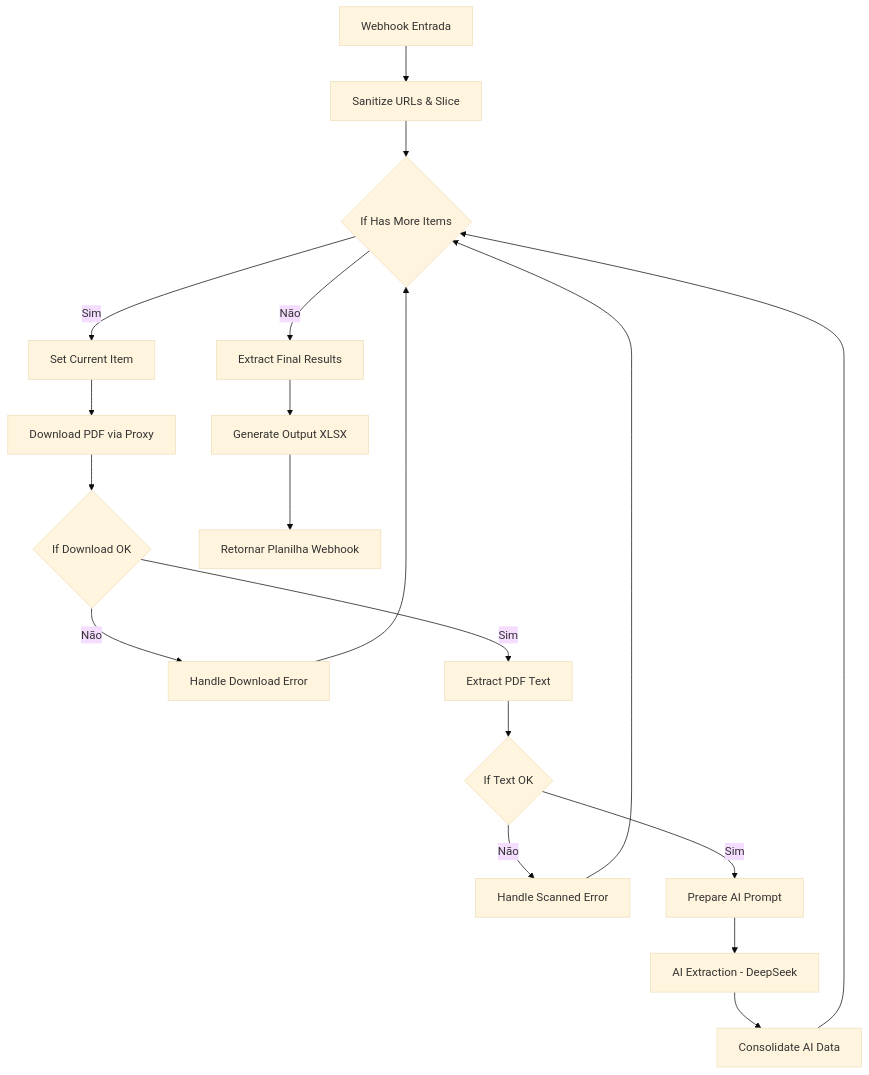
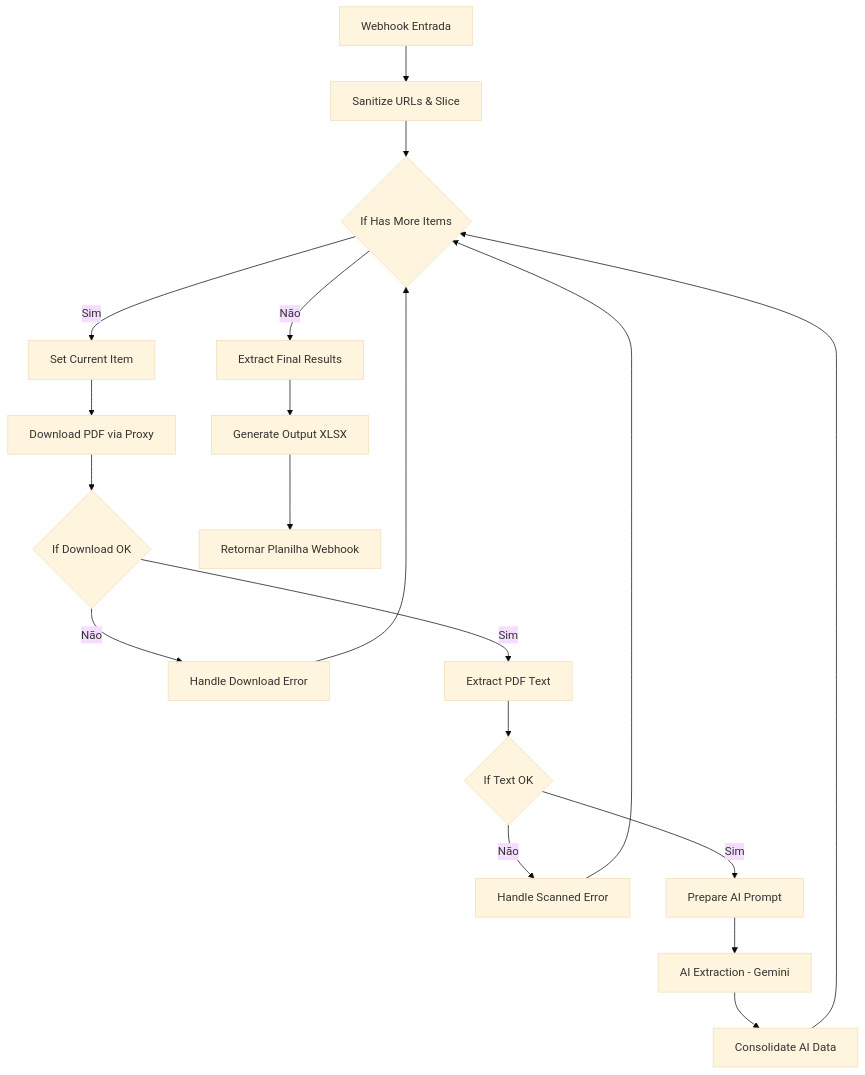
One commit to jessejj2000/desafio-automacao-terra-vista changed the diagram in README.md. Above: the diagram before and after it, drawn with Mermaid (base theme). The commit also changed other lines of this file and 1 other file, not shown here.

````diff
--- a/README.md
+++ b/README.md
@@ -87,21 +93,21 @@
 ```mermaid
 graph TD
     A[Webhook Entrada] --> B[Sanitize URLs & Slice]
     B --> C{If Has More Items}
     C -- Sim --> D[Set Current Item]
     D --> E[Download PDF via Proxy]
     E --> F{If Download OK}
     F -- Não --> G[Handle Download Error]
     F -- Sim --> H[Extract PDF Text]
     H --> I{If Text OK}
     I -- Não --> J[Handle Scanned Error]
     I -- Sim --> K[Prepare AI Prompt]
-    K --> L[AI Extraction - DeepSeek]
+    K --> L[AI Extraction - Gemini]
     L --> M[Consolidate AI Data]
     M --> C
     G --> C
     J --> C
     C -- Não --> N[Extract Final Results]
     N --> O[Generate Output XLSX]
     O --> P[Retornar Planilha Webhook]
 ```
````
